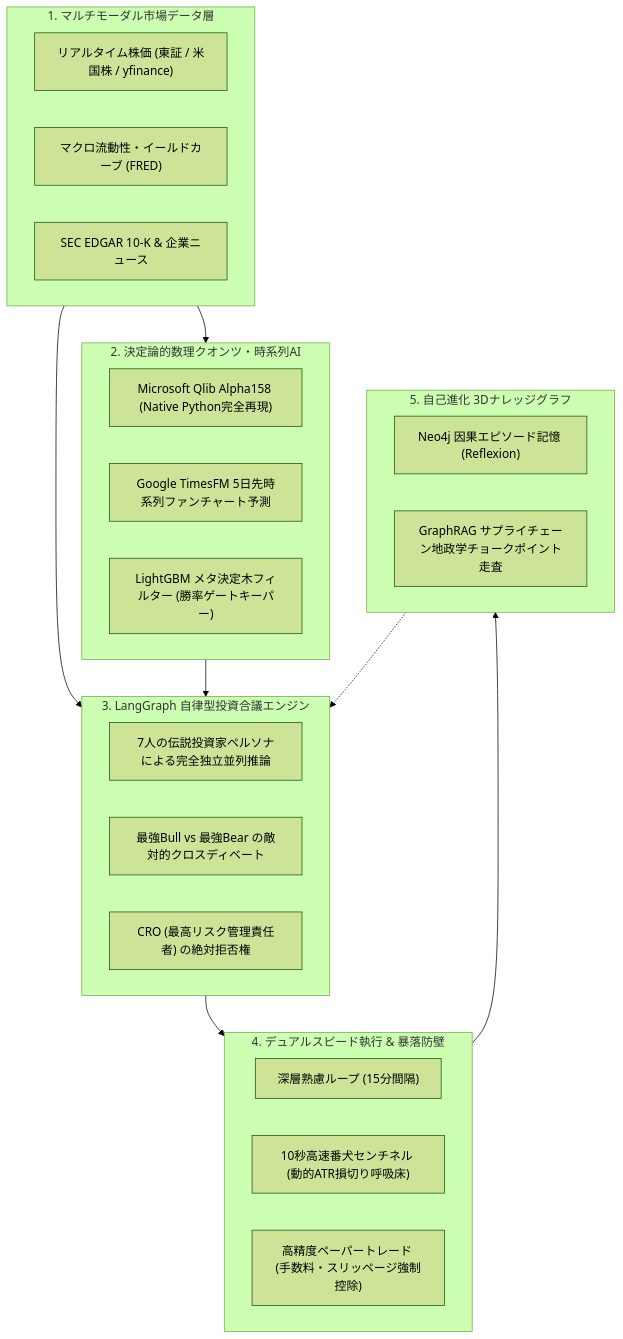
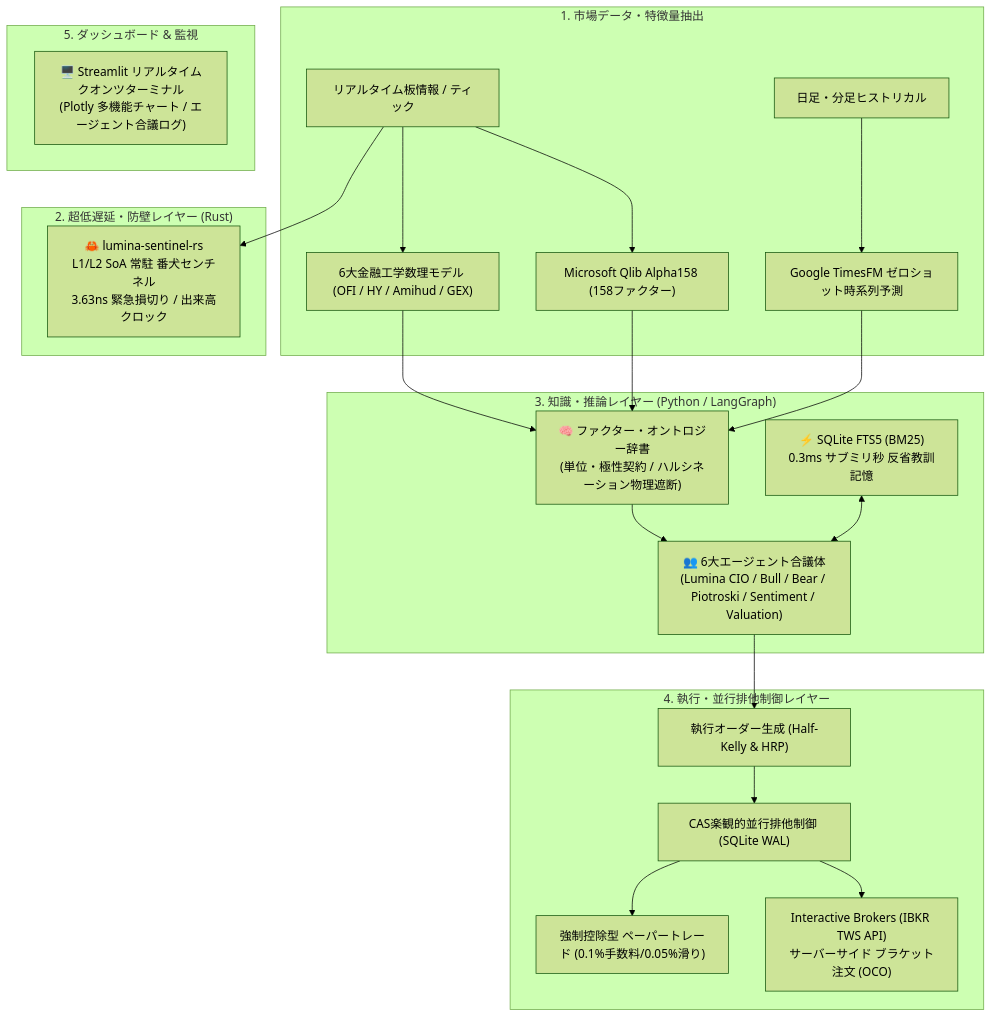
Before and after one commit to ramuza0113-sketch/lumina-ai-hedge-fund: the first of 2 diagrams in QIITA_ARTICLE.md, drawn with Mermaid (forest theme). The commit also changed other lines of this file, not shown here.

````diff
--- a/QIITA_ARTICLE.md
+++ b/QIITA_ARTICLE.md
@@ -31,38 +27,46 @@
 ```mermaid
 flowchart TD
-    subgraph DataLayer ["1. マルチモーダル市場データ層"]
-        A1["リアルタイム株価 (東証 / 米国株 / yfinance)"]
-        A2["マクロ流動性・イールドカーブ (FRED)"]
-        A3["SEC EDGAR 10-K & 企業ニュース"]
+    subgraph MarketData ["1. 市場データ・特徴量抽出"]
+        Ticks["リアルタイム板情報 / ティック"]
+        Hist["日足・分足ヒストリカル"]
+        Qlib["Microsoft Qlib Alpha158 (158ファクター)"]
+        TimesFM["Google TimesFM ゼロショット時系列予測"]
+        MathEng["6大金融工学数理モデル (OFI / HY / Amihud / GEX)"]
+        Ticks --> Qlib
+        Hist --> TimesFM
+        Ticks --> MathEng
     end
 
-    subgraph QuantLayer ["2. 決定論的数理クオンツ・時系列AI"]
-        B1["Microsoft Qlib Alpha158 (Native Python完全再現)"]
-        B2["Google TimesFM 5日先時系列ファンチャート予測"]
-        B3["LightGBM メタ決定木フィルター (勝率ゲートキーパー)"]
+    subgraph FastPath ["2. 超低遅延・防壁レイヤー (Rust)"]
+        Sentinel["🦀 lumina-sentinel-rs<br/>L1/L2 SoA 常駐 番犬センチネル<br/>3.63ns 緊急損切り / 出来高クロック"]
+        Ticks --> Sentinel
     end
 
-    subgraph DebateLayer ["3. LangGraph 自律型投資合議エンジン"]
-        C1["7人の伝説投資家ペルソナによる完全独立並列推論"]
-        C2["最強Bull vs 最強Bear の敵対的クロスディベート"]
-        C3["CRO (最高リスク管理責任者) の絶対拒否権"]
+    subgraph Brain ["3. 知識・推論レイヤー (Python / LangGraph)"]
+        Ontology["🧠 ファクター・オントロジー辞書<br/>(単位・極性契約 / ハルシネーション物理遮断)"]
+        Reflexion["⚡ SQLite FTS5 (BM25)<br/>0.3ms サブミリ秒 反省教訓記憶"]
+        Council["👥 6大エージェント合議体<br/>(Lumina CIO / Bull / Bear / Piotroski / Sentiment / Valuation)"]
+        
+        Qlib --> Ontology
+        TimesFM --> Ontology
+        MathEng --> Ontology
+        Ontology --> Council
+        Reflexion <--> Council
     end
 
-    subgraph ExecutionLayer ["4. デュアルスピード執行 & 暴落防壁"]
-        D1["深層熟慮ループ (15分間隔)"]
-        D2["10秒高速番犬センチネル (動的ATR損切り呼吸床)"]
-        D3["高精度ペーパートレード (手数料・スリッページ強制控除)"]
+    subgraph Execution ["4. 執行・並行排他制御レイヤー"]
+        OrderGen["執行オーダー生成 (Half-Kelly & HRP)"]
+        CAS["CAS楽観的並行排他制御 (SQLite WAL)"]
+        IBKR["Interactive Brokers (IBKR TWS API)<br/>サーバーサイド ブラケット注文 (OCO)"]
+        Paper["強制控除型 ペーパートレード (0.1%手数料/0.05%滑り)"]
+        
+        Council --> OrderGen
+        OrderGen --> CAS
+        CAS --> IBKR
+        CAS --> Paper
     end
 
-    subgraph MemoryLayer ["5. 自己進化 3Dナレッジグラフ"]
-        E1["Neo4j 因果エピソード記憶 (Reflexion)"]
-        E2["GraphRAG サプライチェーン地政学チョークポイント走査"]
+    subgraph Monitor ["5. ダッシュボード & 監視"]
+        Streamlit["🖥️ Streamlit リアルタイムクオンツターミナル<br/>(Plotly 多機能チャート / エージェント合議ログ)"]
     end
-
-    DataLayer --> QuantLayer
-    DataLayer --> DebateLayer
-    QuantLayer --> DebateLayer
-    DebateLayer --> ExecutionLayer
-    ExecutionLayer --> MemoryLayer
-    MemoryLayer -.-> DebateLayer
 ```
````
